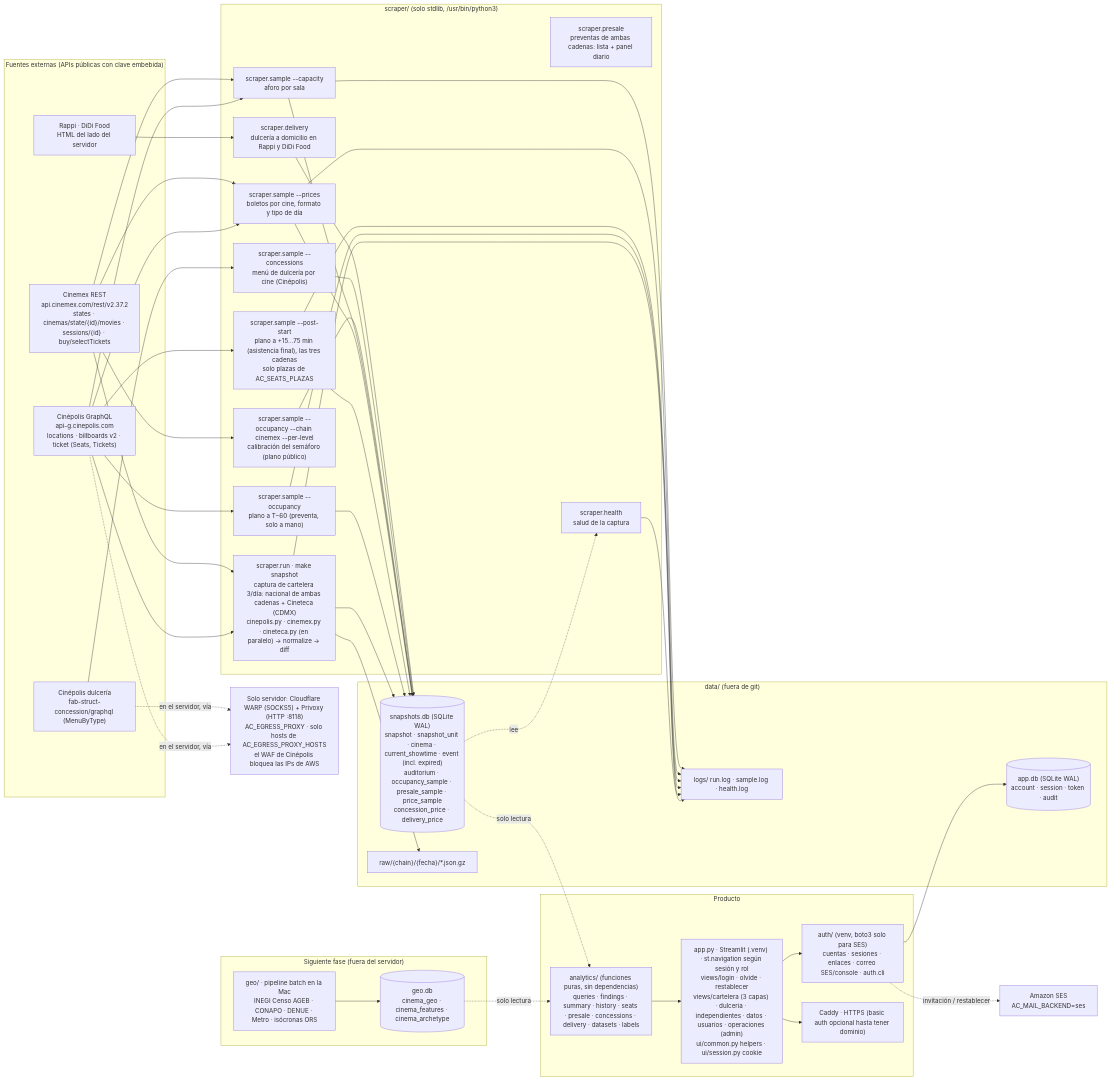
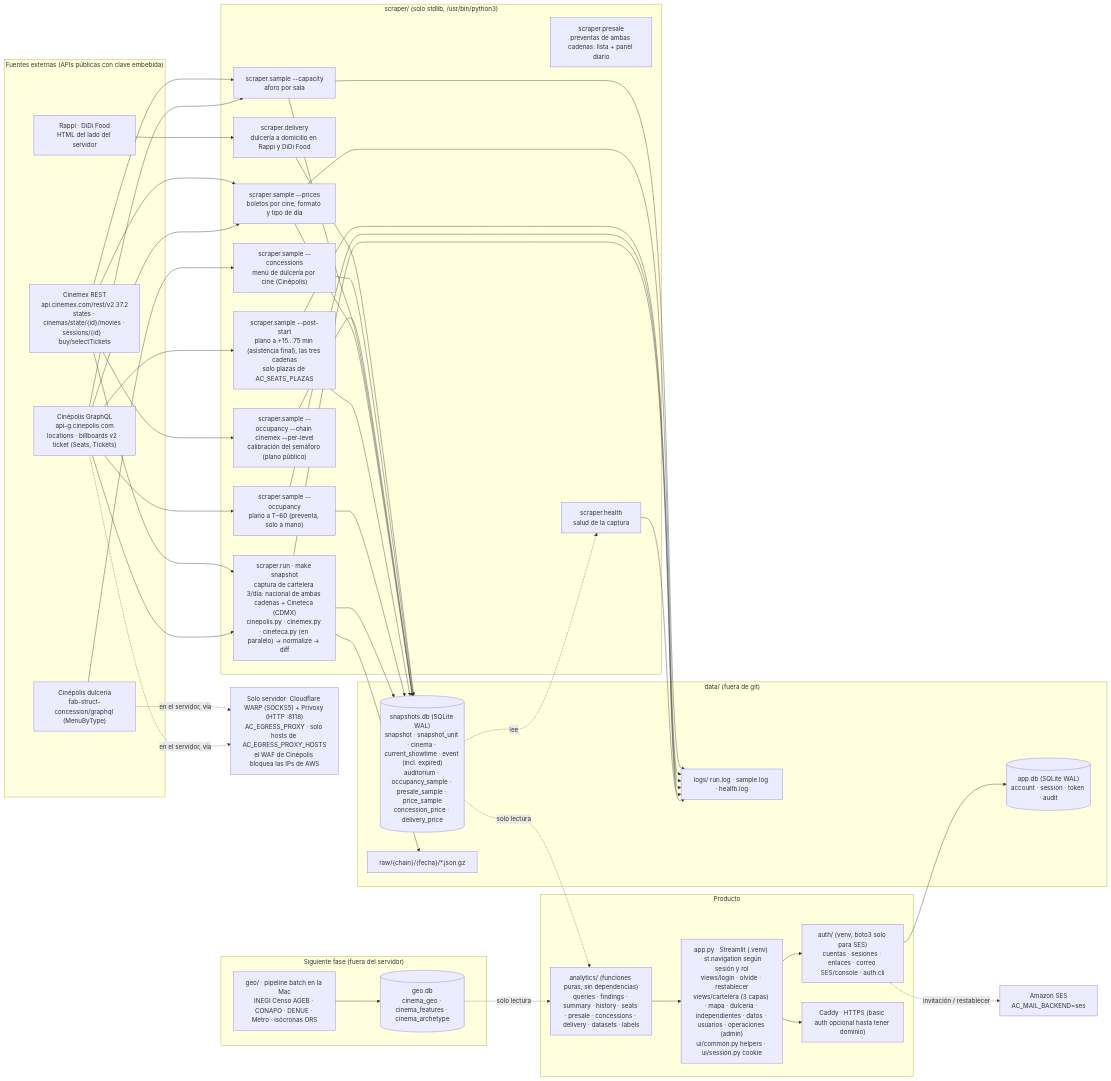
Before and after one commit to David-Lazaro-Fernandez/absolut-cinema: the diagram in ARCHITECTURE.md, drawn with Mermaid. The commit also changed other lines of this file and 12 other files, not shown here.

````diff
--- a/ARCHITECTURE.md
+++ b/ARCHITECTURE.md
@@ -9,61 +9,61 @@
 ```mermaid
 flowchart LR
     subgraph fuentes["Fuentes externas (APIs públicas con clave embebida)"]
         CPL["Cinépolis GraphQL<br/>api-g.cinepolis.com<br/>locations · billboards v2 · ticket (Seats, Tickets)"]
         CMX["Cinemex REST<br/>api.cinemex.com/rest/v2.37.2<br/>states · cinemas/state/{id}/movies · sessions/{id} · buy/selectTickets"]
         CPF["Cinépolis dulcería<br/>fab-struct-concession/graphql (MenuByType)"]
         DEL["Rappi · DiDi Food<br/>HTML del lado del servidor"]
     end
 
     WARP["Solo servidor: Cloudflare WARP (SOCKS5) + Privoxy (HTTP :8118)<br/>AC_EGRESS_PROXY · solo hosts de AC_EGRESS_PROXY_HOSTS<br/>el WAF de Cinépolis bloquea las IPs de AWS"]
 
     subgraph scraper["scraper/ (solo stdlib, /usr/bin/python3)"]
         RUN["scraper.run · make snapshot<br/>captura de cartelera 3/día: nacional de ambas cadenas + Cineteca (CDMX)<br/>cinepolis.py · cinemex.py · cineteca.py (en paralelo) → normalize → diff"]
         OCC["scraper.sample --occupancy<br/>plano a T−60 (preventa, solo a mano)"]
         POST["scraper.sample --post-start<br/>plano a +15…75 min (asistencia final), las tres cadenas<br/>solo plazas de AC_SEATS_PLAZAS"]
         PRE["scraper.presale<br/>preventas de ambas cadenas: lista + panel diario"]
         PRICE["scraper.sample --prices<br/>boletos por cine, formato y tipo de día"]
         CAP["scraper.sample --capacity<br/>aforo por sala"]
         CAL["scraper.sample --occupancy --chain cinemex --per-level<br/>calibración del semáforo (plano público)"]
         CONC["scraper.sample --concessions<br/>menú de dulcería por cine (Cinépolis)"]
         DLV["scraper.delivery<br/>dulcería a domicilio en Rappi y DiDi Food"]
         HEALTH["scraper.health<br/>salud de la captura"]
     end
 
     subgraph datos["data/ (fuera de git)"]
         DB[("snapshots.db (SQLite WAL)<br/>snapshot · snapshot_unit · cinema · current_showtime · event (incl. expired)<br/>auditorium · occupancy_sample · presale_sample · price_sample<br/>concession_price · delivery_price")]
         APPDB[("app.db (SQLite WAL)<br/>account · session · token · audit")]
         RAW["raw/{chain}/{fecha}/*.json.gz"]
         LOGS["logs/ run.log · sample.log · health.log"]
     end
 
     subgraph producto["Producto"]
         AN["analytics/ (funciones puras, sin dependencias)<br/>queries · findings · summary · history · seats · presale · concessions · delivery · datasets · labels"]
         AUTH["auth/ (venv, boto3 solo para SES)<br/>cuentas · sesiones · enlaces · correo SES/console · auth.cli"]
-        APP["app.py · Streamlit (.venv) · st.navigation según sesión y rol<br/>views/login · olvide · restablecer<br/>views/cartelera (3 capas) · dulceria · independientes · datos · usuarios · operaciones (admin)<br/>ui/common.py helpers · ui/session.py cookie"]
+        APP["app.py · Streamlit (.venv) · st.navigation según sesión y rol<br/>views/login · olvide · restablecer<br/>views/cartelera (3 capas) · mapa · dulceria · independientes · datos · usuarios · operaciones (admin)<br/>ui/common.py helpers · ui/session.py cookie"]
         CADDY["Caddy · HTTPS (basic auth opcional hasta tener dominio)"]
     end
 
     CPL -. en el servidor, vía .-> WARP
     CPF -. en el servidor, vía .-> WARP
     CPL --> RUN
     CMX --> RUN
     CPL --> OCC & POST & PRICE & CAP
     CMX --> PRICE & CAP & CAL
     CPF --> CONC
     DEL --> DLV
     RUN --> DB & RAW
     OCC & POST & PRICE & CAP & CAL & CONC & DLV --> DB
     DB -. lee .-> HEALTH
     HEALTH --> LOGS
     RUN & OCC & POST & PRICE & CAP --> LOGS
     DB -. solo lectura .-> AN --> APP --> CADDY
     APP --> AUTH --> APPDB
     AUTH -. invitación / restablecer .-> SES["Amazon SES<br/>AC_MAIL_BACKEND=ses"]
 
     subgraph futuro["Siguiente fase (fuera del servidor)"]
         GEO["geo/ · pipeline batch en la Mac<br/>INEGI Censo AGEB · CONAPO · DENUE · Metro · isócronas ORS"]
         GEODB[("geo.db<br/>cinema_geo · cinema_features · cinema_archetype")]
     end
     GEO --> GEODB -. solo lectura .-> AN
 ```
````
